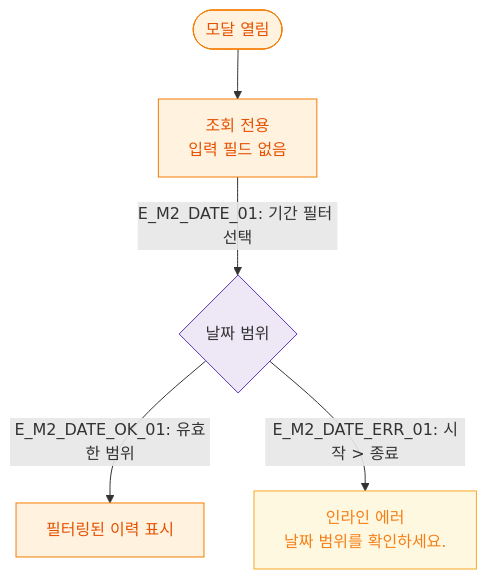
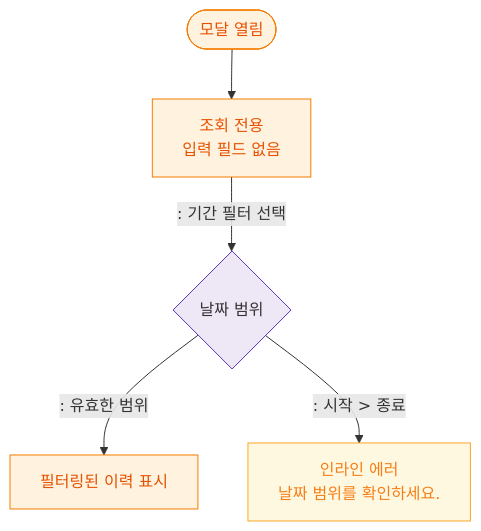
Before and after one commit to dev-spogym/admin-pando: the diagram in docs/다이어그램/D06_시설관리/DLG/DLG-050-001_락커기록/M2_필드검증.md, drawn with Mermaid. The commit also changed other lines of this file and 1660 other files, not shown here.

First line of the commit message:
다이어그램: 기획자/클라이언트 납품본으로 정리

````diff
--- a/docs/다이어그램/D06_시설관리/DLG/DLG-050-001_락커기록/M2_필드검증.md
+++ b/docs/다이어그램/D06_시설관리/DLG/DLG-050-001_락커기록/M2_필드검증.md
@@ -16,14 +14,14 @@
 ```mermaid
 flowchart TD
     OPEN([모달 열림]) --> ReadOnly[조회 전용\n입력 필드 없음]
-    ReadOnly -->|"E_M2_DATE_01: 기간 필터 선택"| DateFilter{날짜 범위}
-    DateFilter -->|"E_M2_DATE_OK_01: 유효한 범위"| FilterResult[필터링된 이력 표시]
-    DateFilter -->|"E_M2_DATE_ERR_01: 시작 > 종료"| DateErr[인라인 에러\n날짜 범위를 확인하세요.]
+    ReadOnly -->|": 기간 필터 선택"|DateFilter{날짜 범위}
+    DateFilter -->|": 유효한 범위"|FilterResult[필터링된 이력 표시]
+    DateFilter -->|": 시작 > 종료"|DateErr[인라인 에러\n날짜 범위를 확인하세요.]
 
     classDef modal fill:#FFF3E0,stroke:#F57C00,color:#E65100
     classDef warning fill:#FFF8E1,stroke:#F9A825,color:#F57F17
     classDef system fill:#EDE7F6,stroke:#5E35B2
     class OPEN,ReadOnly,FilterResult modal
     class DateErr warning
     class DateFilter system
 ```
````
